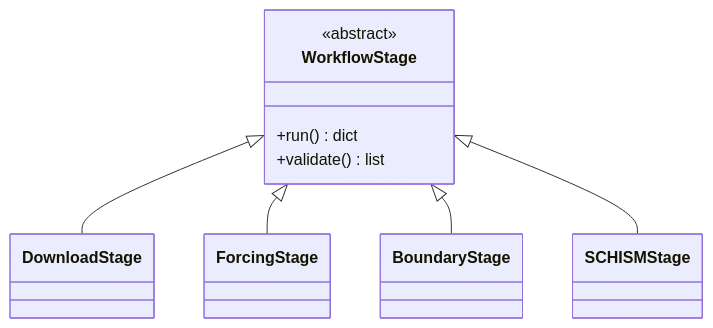
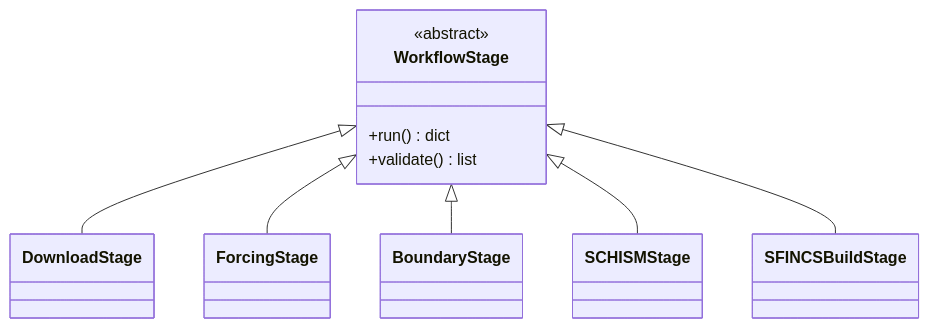
The fourth of 5 diagrams in DESIGN.md (NGWPC/nwm-coastal), drawn with Mermaid before and after one commit. The commit also changed other lines of this file and 28 other files, not shown here.

````diff
--- a/DESIGN.md
+++ b/DESIGN.md
@@ -355,12 +376,13 @@
 ```mermaid
 classDiagram
     class WorkflowStage {
         <<abstract>>
         +run() dict
         +validate() list
     }
     WorkflowStage <|-- DownloadStage
     WorkflowStage <|-- ForcingStage
     WorkflowStage <|-- BoundaryStage
     WorkflowStage <|-- SCHISMStage
+    WorkflowStage <|-- SFINCSBuildStage
 ```
````
